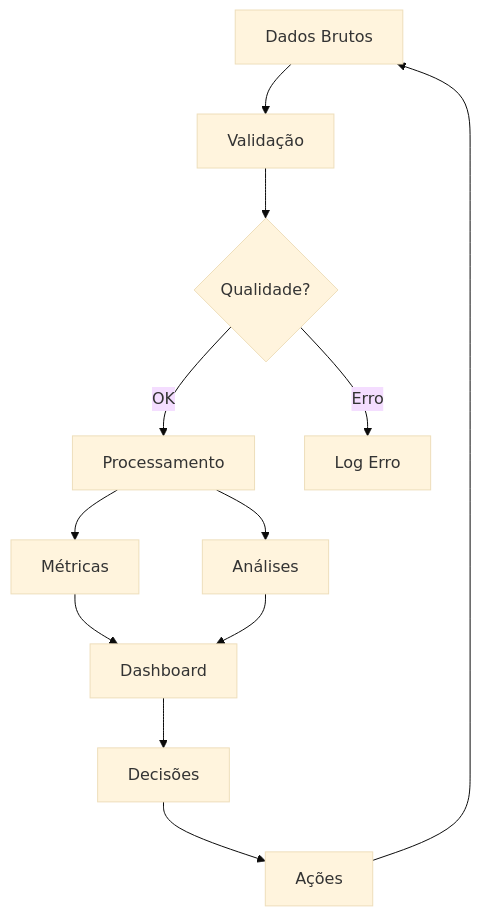
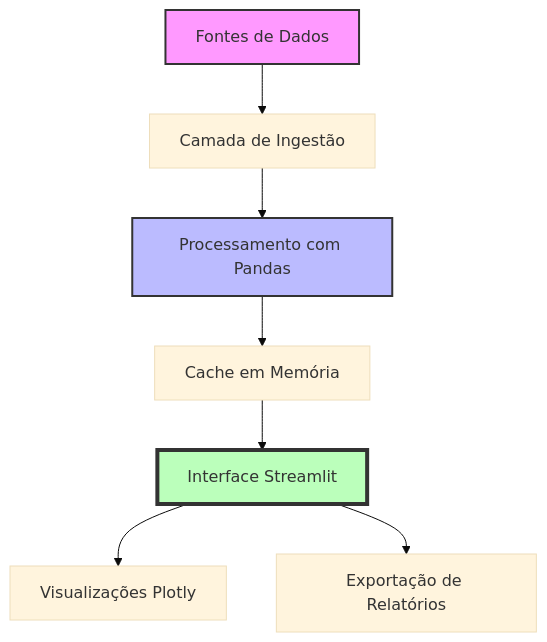
The diagram in README.md (samuelmaiapro/analise-vendas-python), drawn with Mermaid (base theme) before and after one commit. The commit also changed other lines of this file, not shown here.

````diff
--- a/README.md
+++ b/README.md
@@ -405,14 +326,13 @@
 ```mermaid
 graph TD
-    A[Dados Brutos] --> B[Validação]
-    B --> C{Qualidade?}
-    C -->|OK| D[Processamento]
-    C -->|Erro| E[Log Erro]
-    D --> F[Métricas]
-    D --> G[Análises]
-    F --> H[Dashboard]
-    G --> H
-    H --> I[Decisões]
-    I --> J[Ações]
-    J --> A
+    A[Fontes de Dados] --> B[Camada de Ingestão]
+    B --> C[Processamento com Pandas]
+    C --> D[Cache em Memória]
+    D --> E[Interface Streamlit]
+    E --> F[Visualizações Plotly]
+    E --> G[Exportação de Relatórios]
+    
+    style A fill:#f9f,stroke:#333,stroke-width:2px
+    style C fill:#bbf,stroke:#333,stroke-width:2px
+    style E fill:#bfb,stroke:#333,stroke-width:4px
 ```
````
